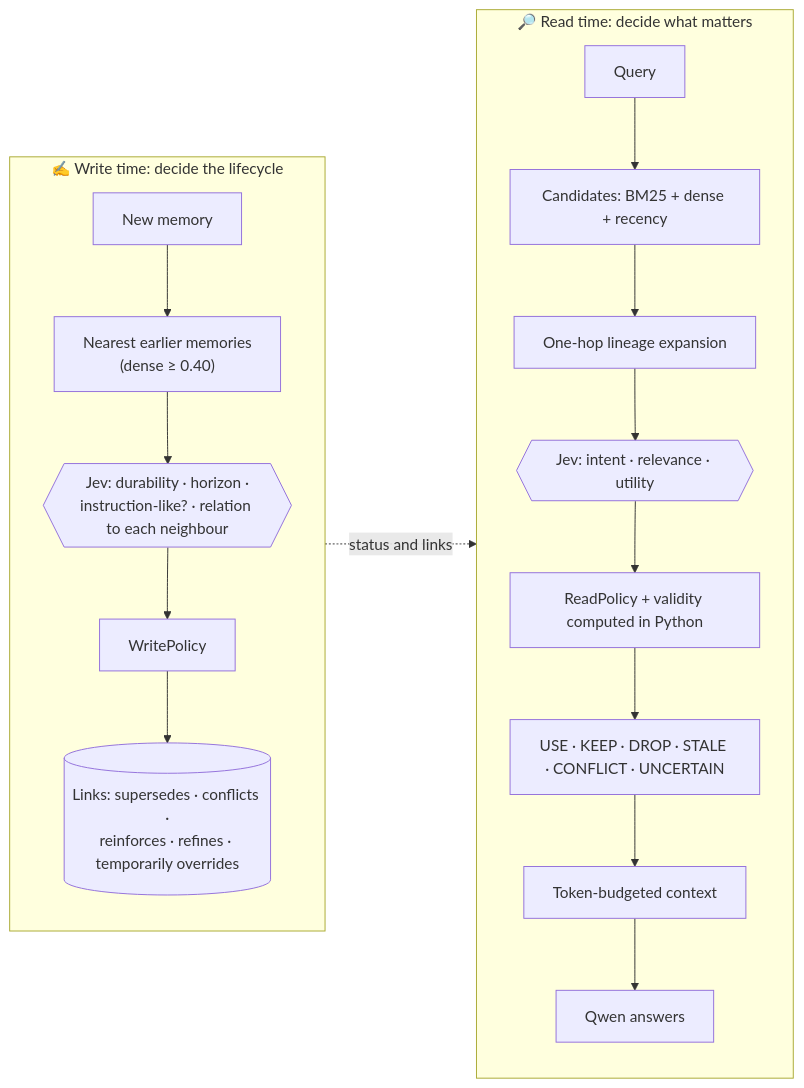
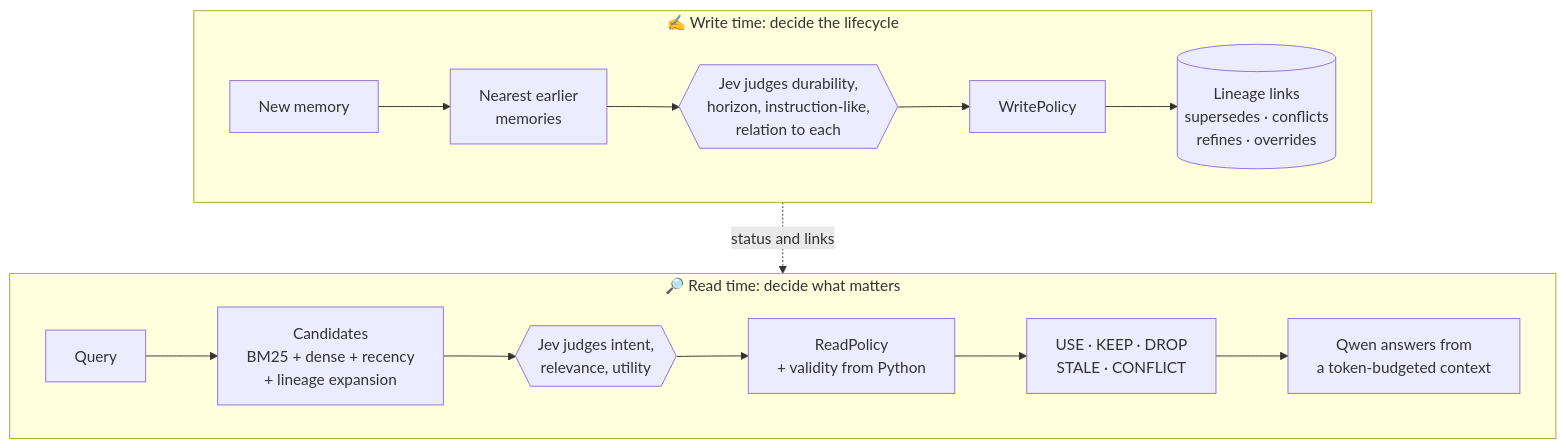
Before and after one commit to atmaneayoubdev/jev-mem: the diagram in README.md, drawn with Mermaid. The commit also changed other lines of this file, not shown here.

Commit message:
README: readable architecture diagram, aligned result cards

````diff
--- a/README.md
+++ b/README.md
@@ -149,20 +149,12 @@
 ```mermaid
-flowchart LR
+flowchart TB
     subgraph W["✍️ Write time: decide the lifecycle"]
-        direction TB
-        M["New memory"] --> N["Nearest earlier memories<br/>(dense ≥ 0.40)"]
-        N --> J1{{"Jev: durability · horizon ·<br/>instruction-like? · relation to each neighbour"}}
-        J1 --> WP["WritePolicy"]
-        WP --> L[("Links: supersedes · conflicts ·<br/>reinforces · refines · temporarily overrides")]
+        direction LR
+        M["New memory"] --> N["Nearest earlier<br/>memories"] --> J1{{"Jev judges durability,<br/>horizon, instruction-like,<br/>relation to each"}} --> WP["WritePolicy"] --> L[("Lineage links<br/>supersedes · conflicts<br/>refines · overrides")]
     end
     subgraph R["🔎 Read time: decide what matters"]
-        direction TB
-        Q["Query"] --> C["Candidates: BM25 + dense + recency"]
-        C --> X["One-hop lineage expansion"]
-        X --> J2{{"Jev: intent · relevance · utility"}}
-        J2 --> RP["ReadPolicy + validity computed in Python"]
-        RP --> D["USE · KEEP · DROP · STALE · CONFLICT · UNCERTAIN"]
-        D --> CTX["Token-budgeted context"] --> LLM["Qwen answers"]
+        direction LR
+        Q["Query"] --> C["Candidates<br/>BM25 + dense + recency<br/>+ lineage expansion"] --> J2{{"Jev judges intent,<br/>relevance, utility"}} --> RP["ReadPolicy<br/>+ validity from Python"] --> D["USE · KEEP · DROP<br/>STALE · CONFLICT"] --> A["Qwen answers from<br/>a token-budgeted context"]
     end
-    L -. "status and links" .-> RP
+    W -. "status and links" .-> R
 ```
````
